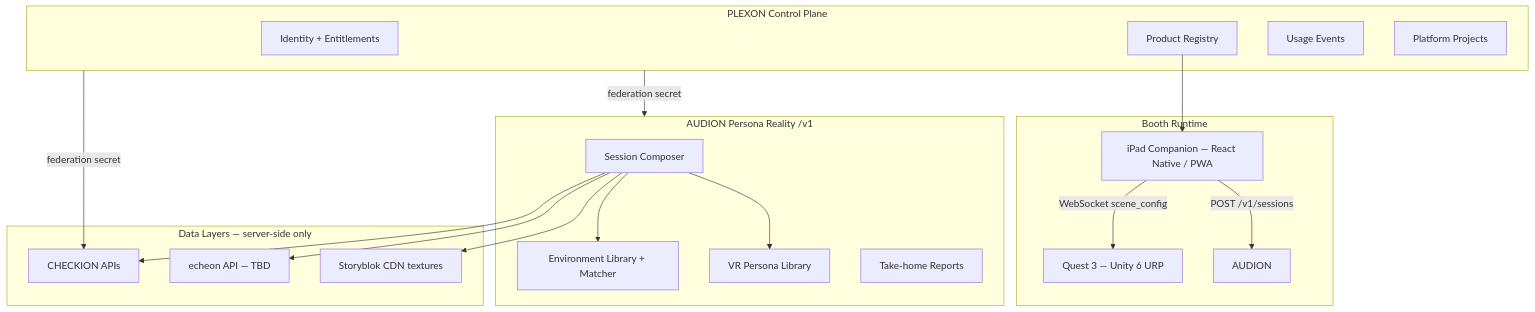
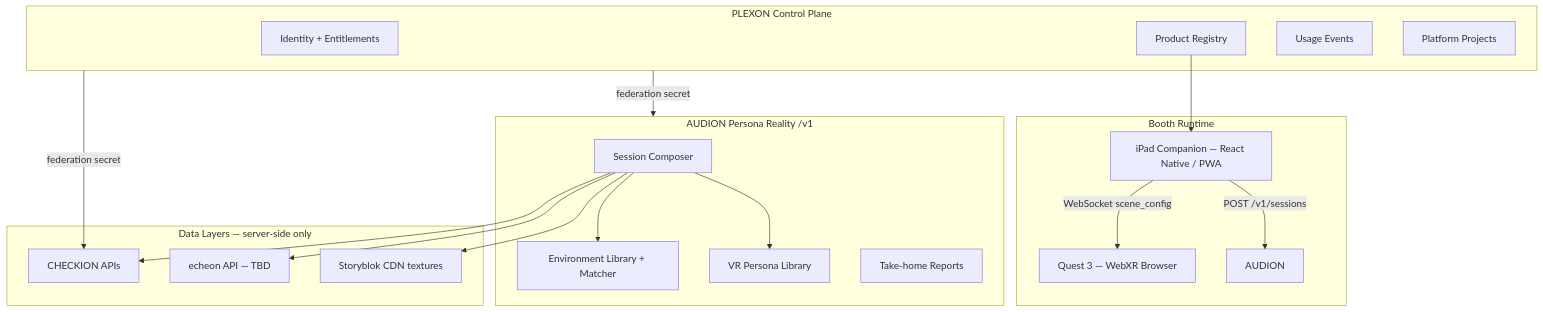
The diagram in knowledge/implementation-roadmap-2026.md (chbrdk/TIK), drawn with Mermaid before and after one commit. The commit also changed other lines of this file and 263 other files, not shown here.

````diff
--- a/knowledge/implementation-roadmap-2026.md
+++ b/knowledge/implementation-roadmap-2026.md
@@ -11,38 +11,38 @@
 ```mermaid
 flowchart TB
   subgraph plexon [PLEXON Control Plane]
     Auth[Identity + Entitlements]
     Registry[Product Registry]
     Usage[Usage Events]
     Projects[Platform Projects]
   end
 
   subgraph booth [Booth Runtime]
     iPad[iPad Companion — React Native / PWA]
-    Quest[Quest 3 — Unity 6 URP]
+    Quest[Quest 3 — WebXR Browser]
     iPad -->|POST /v1/sessions| AUDION
     iPad -->|WebSocket scene_config| Quest
   end
 
   subgraph audion [AUDION Persona Reality /v1]
     Composer[Session Composer]
     EnvLib[Environment Library + Matcher]
     VRPersonas[VR Persona Library]
     Reports[Take-home Reports]
   end
 
   subgraph data [Data Layers — server-side only]
     CHK[CHECKION APIs]
     ECH[echeon API — TBD]
     SB[Storyblok CDN textures]
   end
 
   plexon -->|federation secret| audion
   plexon -->|federation secret| CHK
   Composer --> EnvLib
   Composer --> VRPersonas
   Composer --> CHK
   Composer --> ECH
   Composer --> SB
   Registry --> iPad
 ```
````
